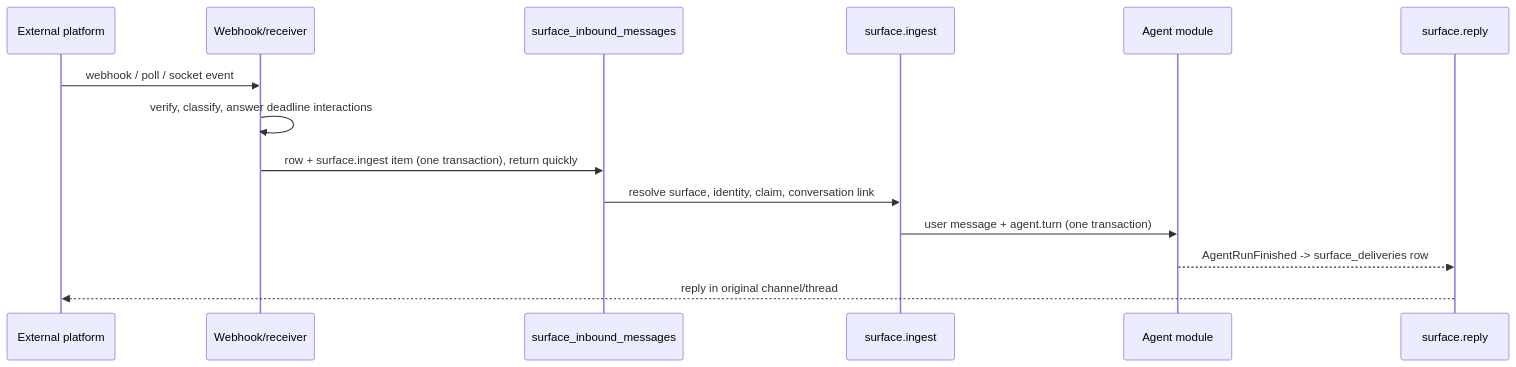
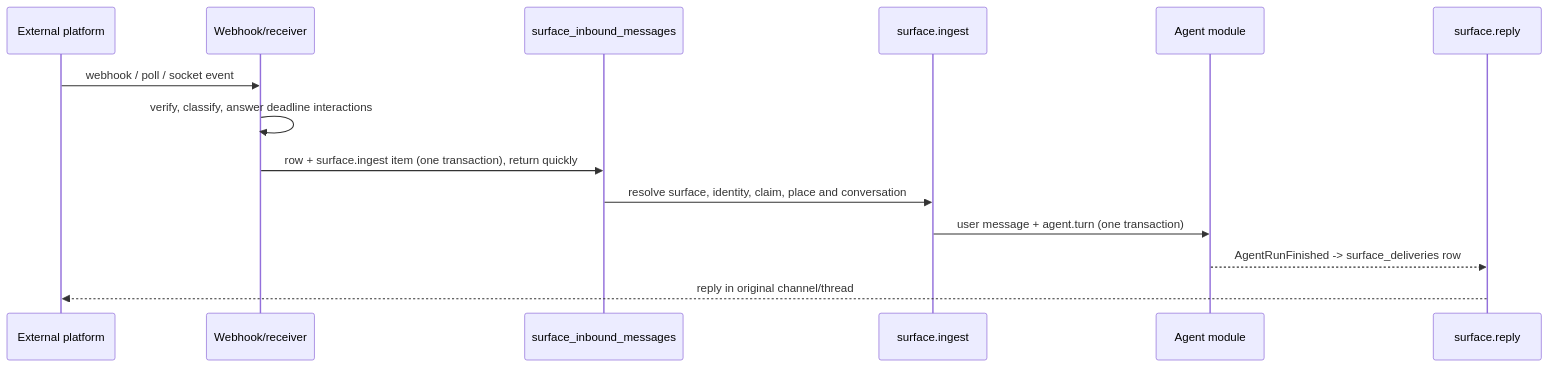
One commit to brainsparker/lemma-platform changed the diagram in lemma-backend/docs/modules/agent_surfaces.md. Above: the diagram before and after it, drawn with Mermaid. The commit also changed other lines of this file and 114 other files, not shown here.

````diff
--- a/lemma-backend/docs/modules/agent_surfaces.md
+++ b/lemma-backend/docs/modules/agent_surfaces.md
@@ -78,16 +86,16 @@
 ```mermaid
 sequenceDiagram
     participant P as External platform
     participant API as Webhook/receiver
     participant DB as surface_inbound_messages
     participant In as surface.ingest
     participant A as Agent module
     participant Out as surface.reply
     P->>API: webhook / poll / socket event
     API->>API: verify, classify, answer deadline interactions
     API->>DB: row + surface.ingest item (one transaction), return quickly
-    DB->>In: resolve surface, identity, claim, conversation link
+    DB->>In: resolve surface, identity, claim, place and conversation
     In->>A: user message + agent.turn (one transaction)
     A-->>Out: AgentRunFinished -> surface_deliveries row
     Out-->>P: reply in original channel/thread
 ```
````
